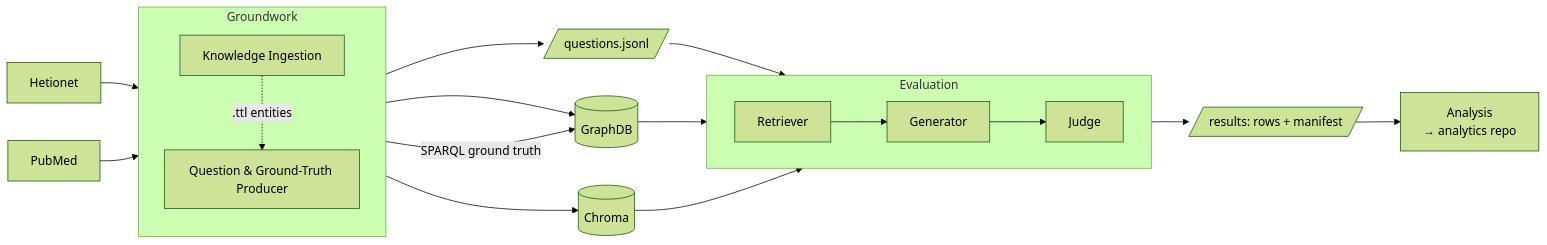
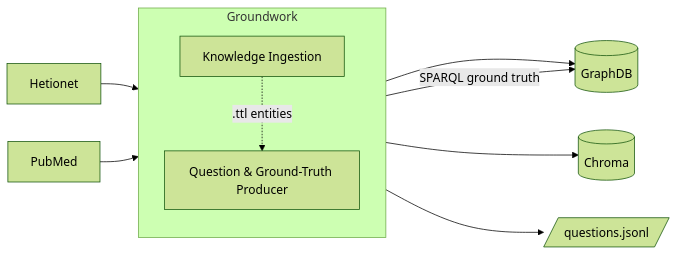
One commit to joseph-higaki/biomedical-rag-bench changed the first of 2 diagrams in README.md. Above: the diagram before and after it, drawn with Mermaid (forest theme). The commit also changed other lines of this file, not shown here.

First line of the commit message:
README: build-order update + structure/diagram pass for v1.0.0 prep

````diff
--- a/README.md
+++ b/README.md
@@ -32,28 +38,17 @@
 ```mermaid
 flowchart LR
     hetionet["Hetionet"] --> ki
     pubmed["PubMed"] --> ki
 
     subgraph build["Groundwork"]
         direction TB
         ki["Knowledge Ingestion"]
         prod["Question & Ground-Truth Producer"]
     end
 
+    ki -.->|.ttl entities| prod
     ki --> graphdb[("GraphDB")]
     ki --> chroma[("Chroma")]
-    ki -.->|.ttl entities| prod
     prod -->|SPARQL ground truth| graphdb
     prod --> q[/"questions.jsonl"/]
-
-    subgraph evalrun["Evaluation"]
-        direction LR
-        retr["Retriever"] --> gen["Generator"] --> jud["Judge"]
-    end
-
-    q --> retr
-    graphdb --> retr
-    chroma --> retr
-    jud --> res[/"results: rows + manifest"/]
-    res --> ana["Analysis<br/>→ analytics repo"]
 ```
````
